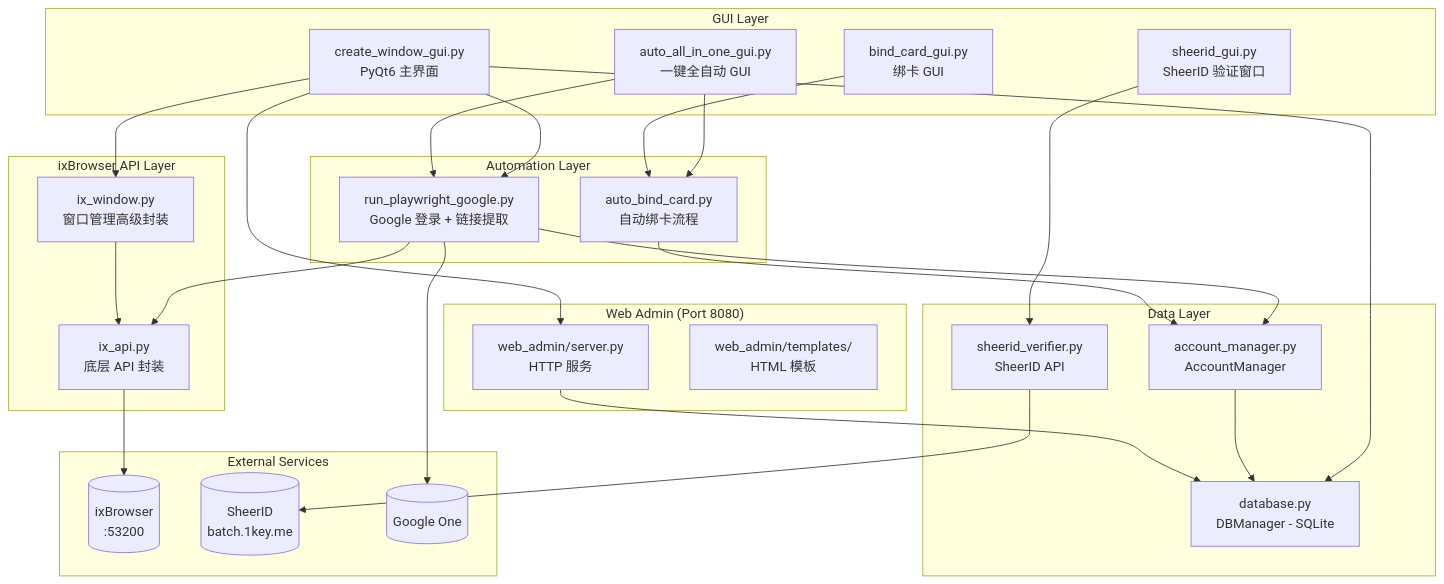
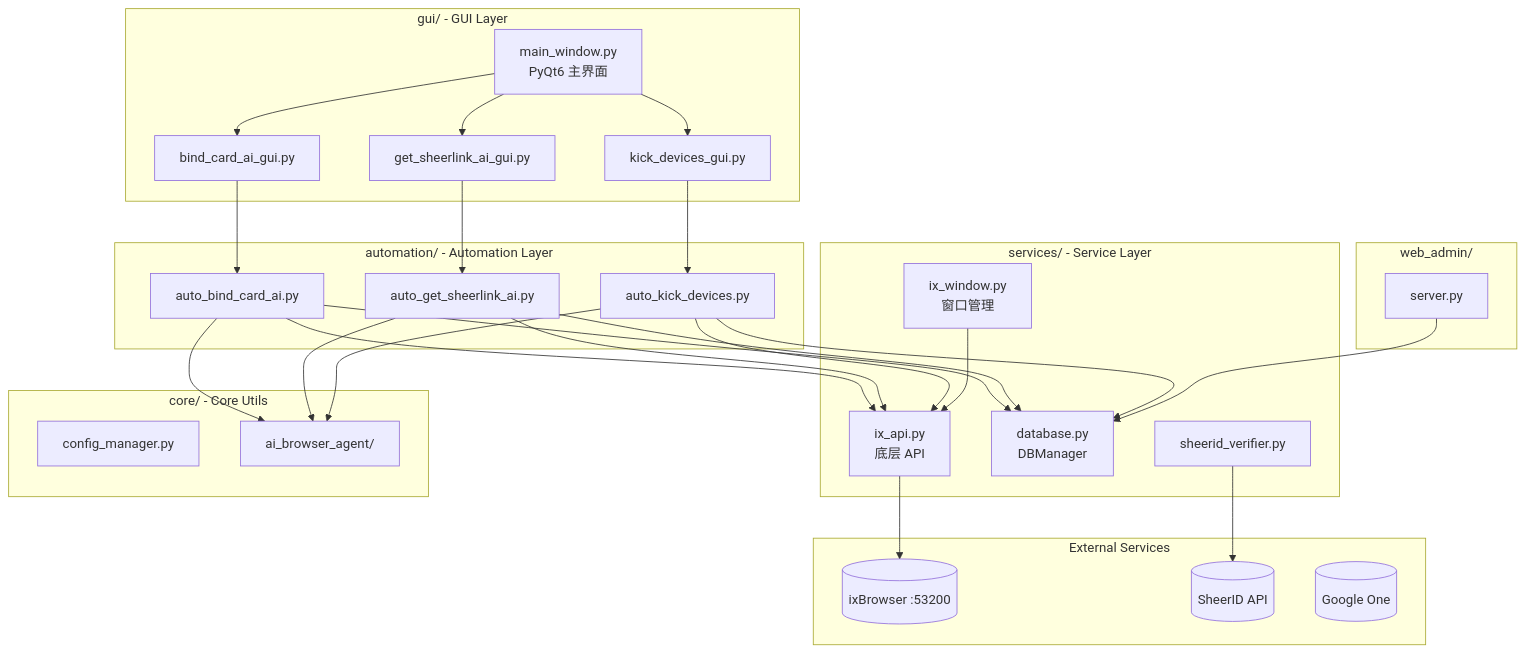
The diagram in CLAUDE.md (onerentop/auto_bitbrowser), drawn with Mermaid before and after one commit. The commit also changed other lines of this file and 72 other files, not shown here.

````diff
--- a/CLAUDE.md
+++ b/CLAUDE.md
@@ -20,59 +73,52 @@
 ```mermaid
 graph TB
-    subgraph GUI["GUI Layer"]
-        CWG[create_window_gui.py<br/>PyQt6 主界面]
-        SG[sheerid_gui.py<br/>SheerID 验证窗口]
-        AAG[auto_all_in_one_gui.py<br/>一键全自动 GUI]
-        BCG[bind_card_gui.py<br/>绑卡 GUI]
+    subgraph GUI["gui/ - GUI Layer"]
+        MW[main_window.py<br/>PyQt6 主界面]
+        BG[bind_card_ai_gui.py]
+        SG[get_sheerlink_ai_gui.py]
+        KG[kick_devices_gui.py]
     end
 
-    subgraph Auto["Automation Layer"]
-        RPG[run_playwright_google.py<br/>Google 登录 + 链接提取]
-        ABC[auto_bind_card.py<br/>自动绑卡流程]
+    subgraph Auto["automation/ - Automation Layer"]
+        ABA[auto_bind_card_ai.py]
+        ASA[auto_get_sheerlink_ai.py]
+        AKD[auto_kick_devices.py]
     end
 
-    subgraph API["ixBrowser API Layer"]
-        IXA[ix_api.py<br/>底层 API 封装]
-        IXW[ix_window.py<br/>窗口管理高级封装]
+    subgraph Services["services/ - Service Layer"]
+        IXA[ix_api.py<br/>底层 API]
+        IXW[ix_window.py<br/>窗口管理]
+        DB[database.py<br/>DBManager]
+        SV[sheerid_verifier.py]
     end
 
-    subgraph Data["Data Layer"]
-        DB[database.py<br/>DBManager - SQLite]
-        AM[account_manager.py<br/>AccountManager]
-        SV[sheerid_verifier.py<br/>SheerID API]
+    subgraph Core["core/ - Core Utils"]
+        CM[config_manager.py]
+        AIA[ai_browser_agent/]
     end
 
-    subgraph WebAdmin["Web Admin (Port 8080)"]
-        WS[web_admin/server.py<br/>HTTP 服务]
-        WT[web_admin/templates/<br/>HTML 模板]
+    subgraph WebAdmin["web_admin/"]
+        WS[server.py]
     end
 
     subgraph External["External Services"]
-        IXB[(ixBrowser<br/>:53200)]
-        SID[(SheerID<br/>batch.1key.me)]
+        IXB[(ixBrowser :53200)]
+        SID[(SheerID API)]
         GOOG[(Google One)]
     end
 
-    CWG --> IXW
-    CWG --> RPG
-    CWG --> DB
-    CWG --> WS
+    MW --> BG & SG & KG
+    BG --> ABA
+    SG --> ASA
+    KG --> AKD
 
-    SG --> SV
-    AAG --> RPG
-    AAG --> ABC
-    BCG --> ABC
-
-    RPG --> IXA
-    RPG --> AM
-    ABC --> AM
+    ABA --> IXA & DB & AIA
+    ASA --> IXA & DB & AIA
+    AKD --> IXA & DB & AIA
 
     IXW --> IXA
     IXA --> IXB
-
-    AM --> DB
     SV --> SID
-    RPG --> GOOG
 
     WS --> DB
 ```
````
